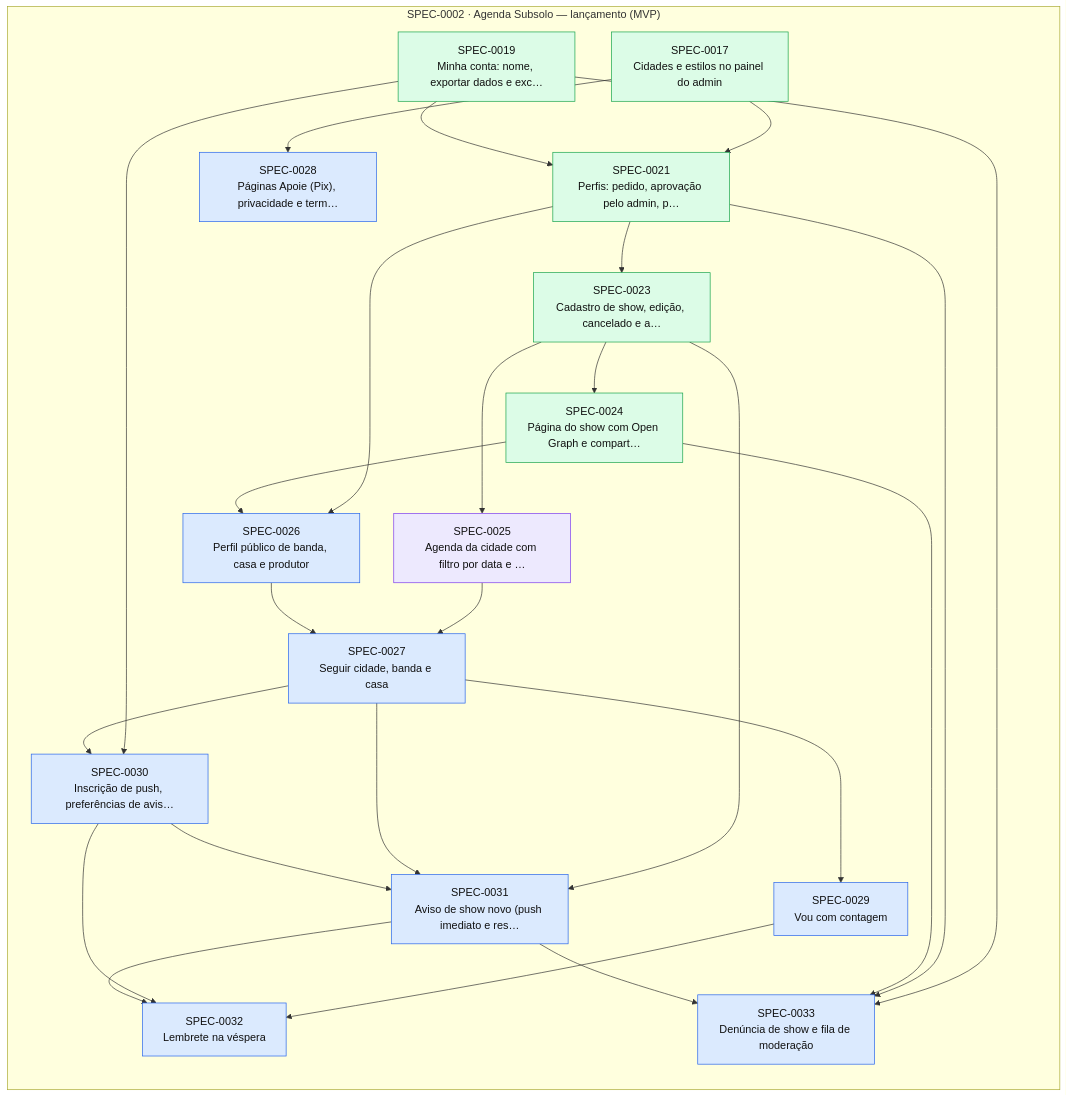
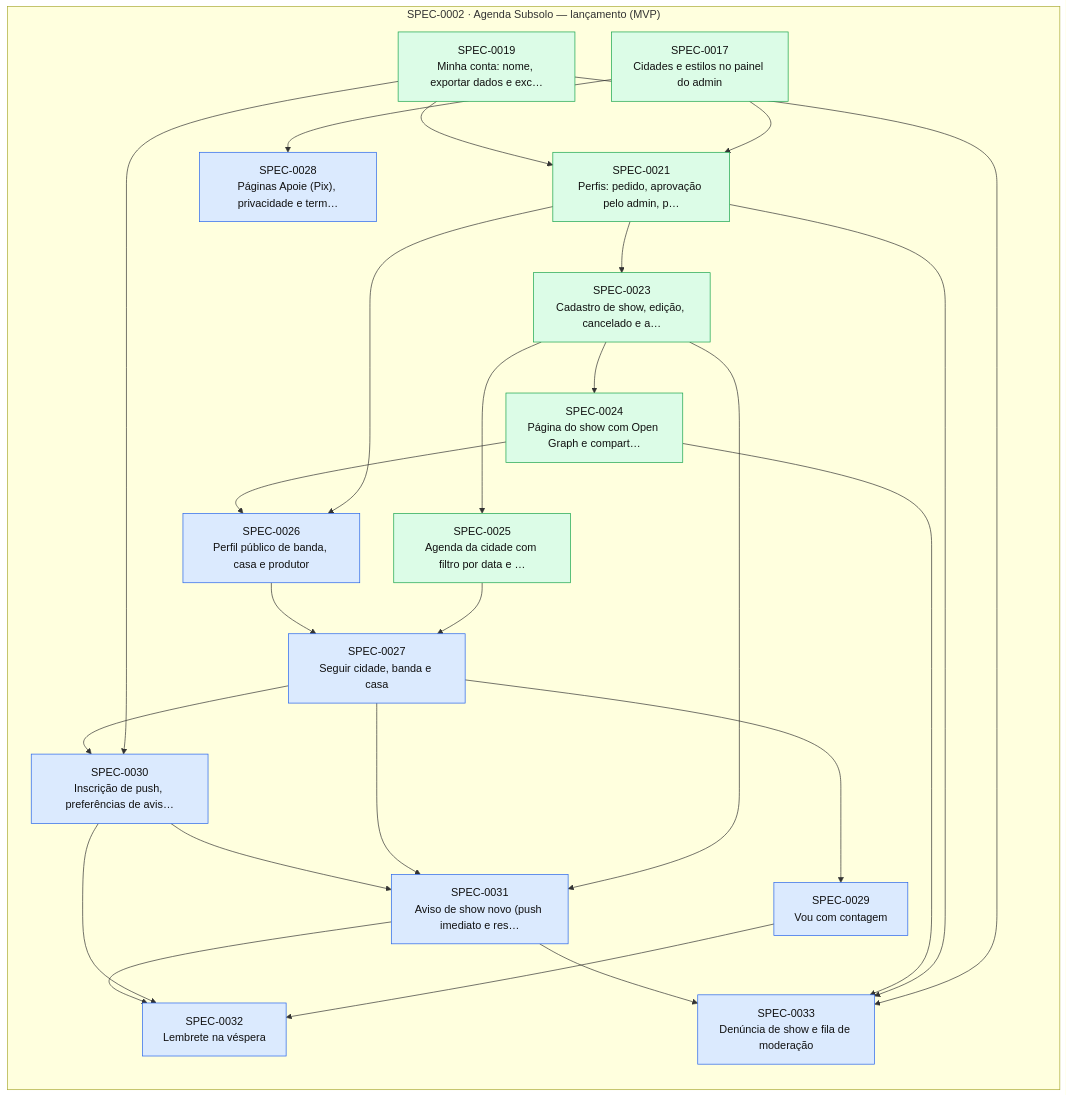
The diagram in docs/specs/INDEX.md (thomasravache/subsolo), drawn with Mermaid before and after one commit. The commit also changed other lines of this file and 3 other files, not shown here.

````diff
--- a/docs/specs/INDEX.md
+++ b/docs/specs/INDEX.md
@@ -74,47 +73,47 @@
 ```mermaid
 flowchart LR
   subgraph E0002["SPEC-0002 · Agenda Subsolo — lançamento (MVP)"]
     S0017["SPEC-0017<br/>Cidades e estilos no painel do admin"]:::implemented
     S0019["SPEC-0019<br/>Minha conta: nome, exportar dados e exc…"]:::implemented
     S0021["SPEC-0021<br/>Perfis: pedido, aprovação pelo admin, p…"]:::implemented
     S0023["SPEC-0023<br/>Cadastro de show, edição, cancelado e a…"]:::implemented
     S0024["SPEC-0024<br/>Página do show com Open Graph e compart…"]:::implemented
-    S0025["SPEC-0025<br/>Agenda da cidade com filtro por data e …"]:::inprogress
+    S0025["SPEC-0025<br/>Agenda da cidade com filtro por data e …"]:::implemented
     S0026["SPEC-0026<br/>Perfil público de banda, casa e produtor"]:::approved
     S0027["SPEC-0027<br/>Seguir cidade, banda e casa"]:::approved
     S0028["SPEC-0028<br/>Páginas Apoie (Pix), privacidade e term…"]:::approved
     S0029["SPEC-0029<br/>Vou com contagem"]:::approved
     S0030["SPEC-0030<br/>Inscrição de push, preferências de avis…"]:::approved
     S0031["SPEC-0031<br/>Aviso de show novo (push imediato e res…"]:::approved
     S0032["SPEC-0032<br/>Lembrete na véspera"]:::approved
     S0033["SPEC-0033<br/>Denúncia de show e fila de moderação"]:::approved
   end
   S0017 --> S0021
   S0019 --> S0021
   S0021 --> S0023
   S0023 --> S0024
   S0023 --> S0025
   S0021 --> S0026
   S0024 --> S0026
   S0025 --> S0027
   S0026 --> S0027
   S0017 --> S0028
   S0027 --> S0029
   S0019 --> S0030
   S0027 --> S0030
   S0023 --> S0031
   S0027 --> S0031
   S0030 --> S0031
   S0029 --> S0032
   S0030 --> S0032
   S0031 --> S0032
   S0019 --> S0033
   S0021 --> S0033
   S0024 --> S0033
   S0031 --> S0033
   classDef proposed fill:#fef3c7,stroke:#d97706,color:#111
   classDef approved fill:#dbeafe,stroke:#2563eb,color:#111
   classDef inprogress fill:#ede9fe,stroke:#7c3aed,color:#111
   classDef implemented fill:#dcfce7,stroke:#16a34a,color:#111
   classDef deprecated fill:#f3f4f6,stroke:#9ca3af,color:#6b7280
 ```
````
